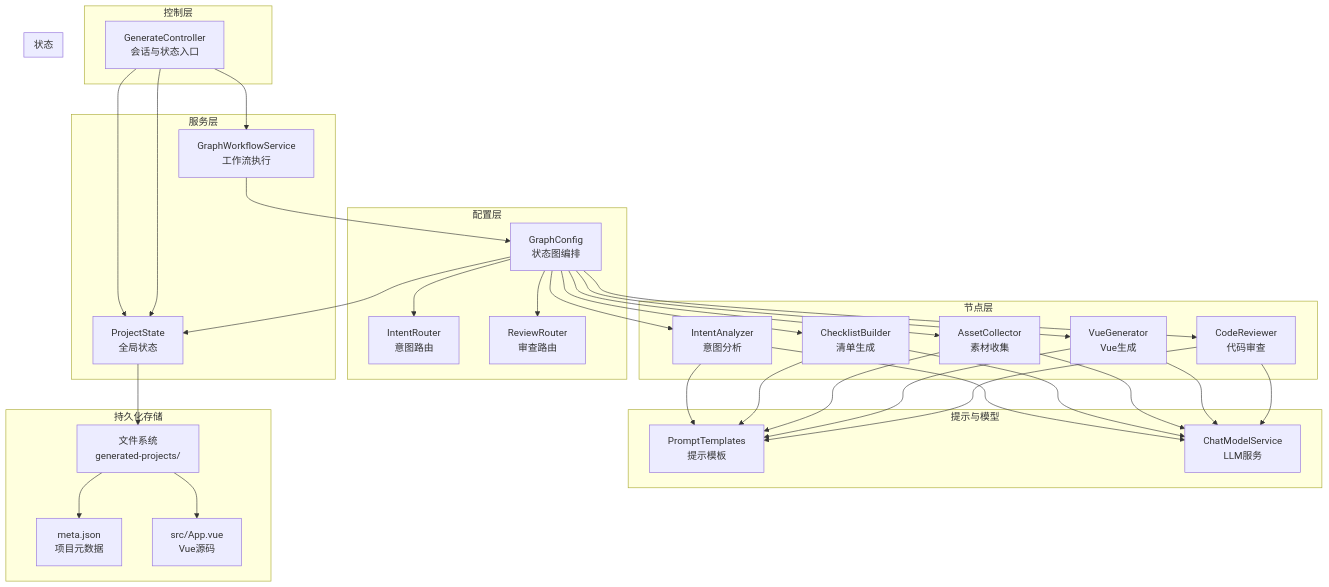
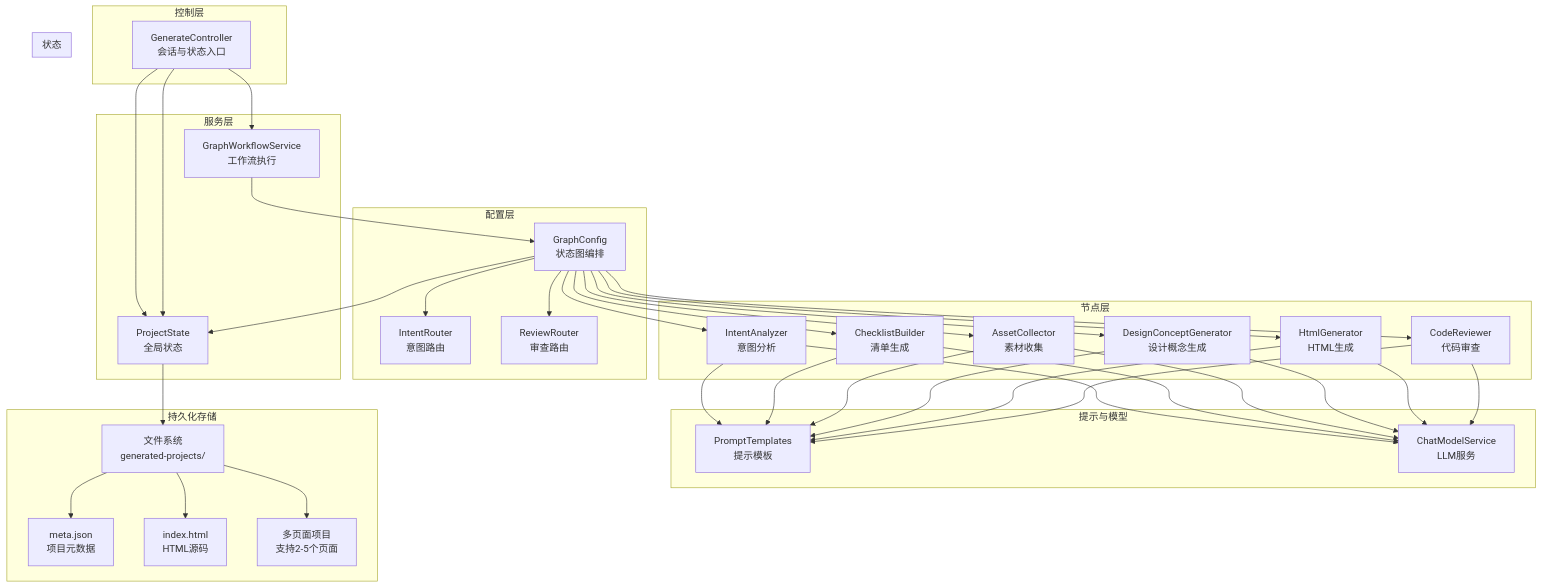
Before and after one commit to CyanYuKi/WebSiteFrontendCodeMother: the first of 7 diagrams in .qoder/repowiki/zh/content/AI工作流系统/工作流引擎核心/项目状态管理.md, drawn with Mermaid. The commit also changed other lines of this file and 12 other files, not shown here.

````diff
--- a/.qoder/repowiki/zh/content/AI工作流系统/工作流引擎核心/项目状态管理.md
+++ b/.qoder/repowiki/zh/content/AI工作流系统/工作流引擎核心/项目状态管理.md
@@ -52,59 +61,65 @@
 ```mermaid
 graph TB
 subgraph "控制层"
 C["GenerateController<br/>会话与状态入口"]
 end
 subgraph "服务层"
 S["GraphWorkflowService<br/>工作流执行"]
 PS["ProjectStorageService<br/>项目持久化"]
 end
 subgraph "配置层"
 G["GraphConfig<br/>状态图编排"]
 IR["IntentRouter<br/>意图路由"]
 RR["ReviewRouter<br/>审查路由"]
 end
 subgraph "节点层"
 NA["IntentAnalyzer<br/>意图分析"]
 CB["ChecklistBuilder<br/>清单生成"]
 AC["AssetCollector<br/>素材收集"]
-VG["VueGenerator<br/>Vue生成"]
+DCG["DesignConceptGenerator<br/>设计概念生成"]
+HG["HtmlGenerator<br/>HTML生成"]
 CR["CodeReviewer<br/>代码审查"]
 end
 subgraph "提示与模型"
 PT["PromptTemplates<br/>提示模板"]
 CMS["ChatModelService<br/>LLM服务"]
 end
 subgraph "状态"
 PS["ProjectState<br/>全局状态"]
 end
 subgraph "持久化存储"
 FS["文件系统<br/>generated-projects/"]
 META["meta.json<br/>项目元数据"]
-APP["src/App.vue<br/>Vue源码"]
+HTML["index.html<br/>HTML源码"]
+PAGES["多页面项目<br/>支持2-5个页面"]
 end
 C --> S
 C --> PS
 S --> G
 PS --> FS
 FS --> META
-FS --> APP
+FS --> HTML
+FS --> PAGES
 G --> NA
 G --> CB
 G --> AC
-G --> VG
+G --> DCG
+G --> HG
 G --> CR
 G --> IR
 G --> RR
 NA --> PT
 CB --> PT
 AC --> PT
-VG --> PT
+DCG --> PT
+HG --> PT
 CR --> PT
 NA --> CMS
 CB --> CMS
 AC --> CMS
-VG --> CMS
+DCG --> CMS
+HG --> CMS
 CR --> CMS
 G --> PS
 C --> PS
 ```
````
